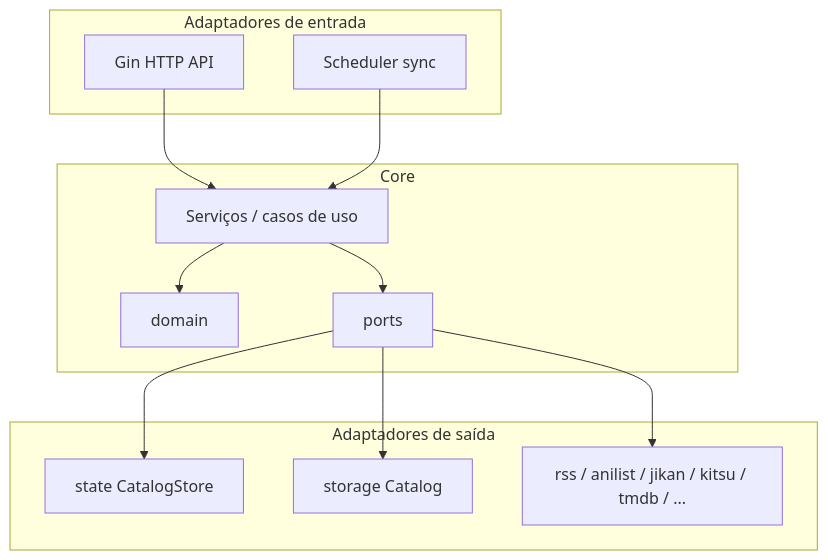
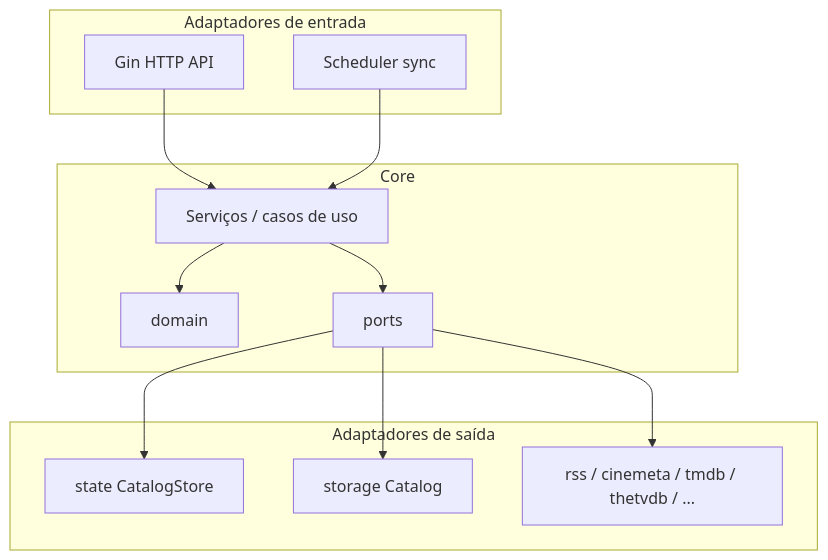
Before and after one commit to wallissonmarinho/GoAnimes: the first of 2 diagrams in docs/ARCHITECTURE.md, drawn with Mermaid. The commit also changed other lines of this file and 65 other files, not shown here.

````diff
--- a/docs/ARCHITECTURE.md
+++ b/docs/ARCHITECTURE.md
@@ -7,24 +7,24 @@
 ```mermaid
 flowchart TB
   subgraph adapters_in [Adaptadores de entrada]
     HTTP[Gin HTTP API]
     Sched[Scheduler sync]
   end
   subgraph core [Core]
     UC[Serviços / casos de uso]
     DOM[domain]
     PORT[ports]
   end
   subgraph adapters_out [Adaptadores de saída]
     ST[state CatalogStore]
     DB[storage Catalog]
-    RSS[rss / anilist / jikan / kitsu / tmdb / ...]
+    RSS[rss / cinemeta / tmdb / thetvdb / ...]
   end
   HTTP --> UC
   Sched --> UC
   UC --> DOM
   UC --> PORT
   PORT --> ST
   PORT --> DB
   PORT --> RSS
 ```
````
